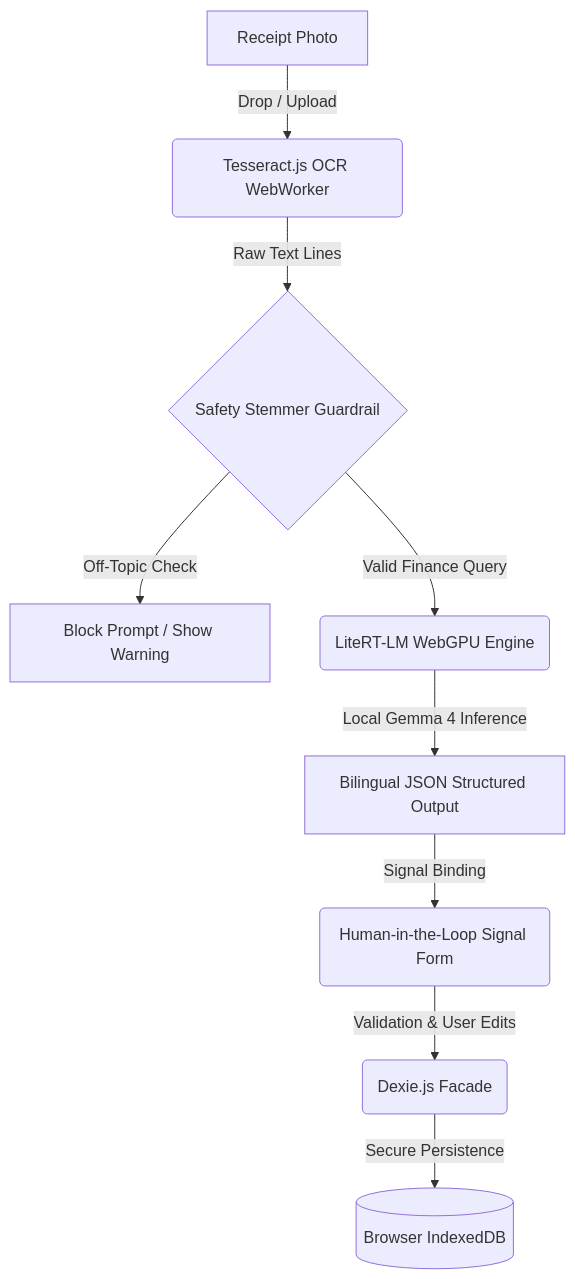
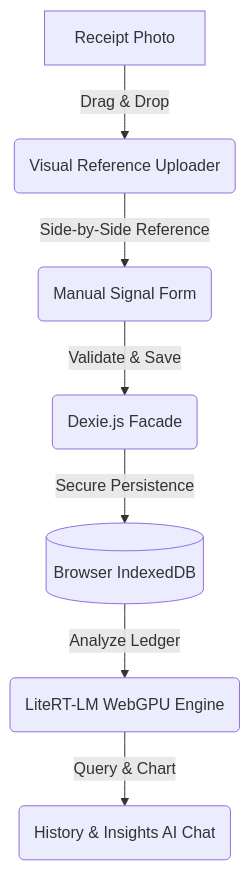
The diagram in README.md (railsstudent/ng-on-device-expense-tracker), drawn with Mermaid before and after one commit. The commit also changed other lines of this file and 14 other files, not shown here.

````diff
--- a/README.md
+++ b/README.md
@@ -27,11 +24,9 @@
 ```mermaid
 graph TD
-    A[Receipt Photo] -->|Drop / Upload| B(Tesseract.js OCR WebWorker)
-    B -->|Raw Text Lines| C{Safety Stemmer Guardrail}
-    C -->|Off-Topic Check| D[Block Prompt / Show Warning]
-    C -->|Valid Finance Query| E(LiteRT-LM WebGPU Engine)
-    E -->|Local Gemma 4 Inference| F[Bilingual JSON Structured Output]
-    F -->|Signal Binding| G(Human-in-the-Loop Signal Form)
-    G -->|Validation & User Edits| H(Dexie.js Facade)
-    H -->|Secure Persistence| I[(Browser IndexedDB)]
+    A[Receipt Photo] -->|Drag & Drop| B(Visual Reference Uploader)
+    B -->|Side-by-Side Reference| C(Manual Signal Form)
+    C -->|Validate & Save| D(Dexie.js Facade)
+    D -->|Secure Persistence| E[(Browser IndexedDB)]
+    E -->|Analyze Ledger| F(LiteRT-LM WebGPU Engine)
+    F -->|Query & Chart| G(History & Insights AI Chat)
 ```
````
